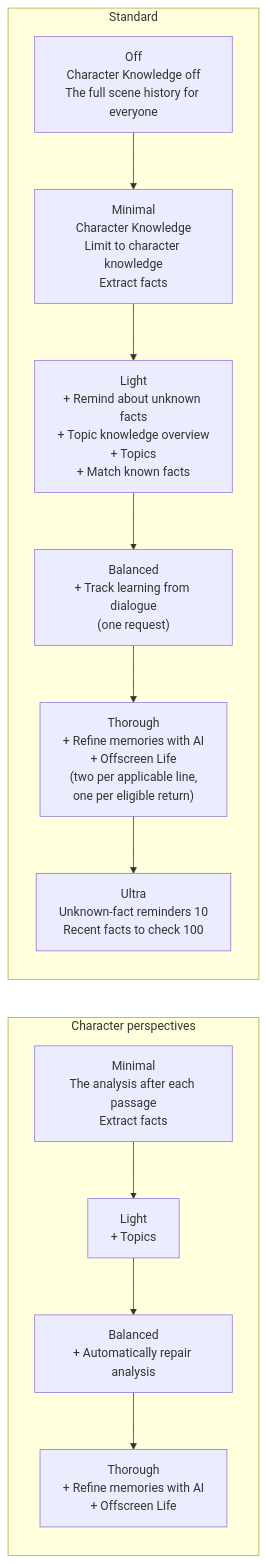
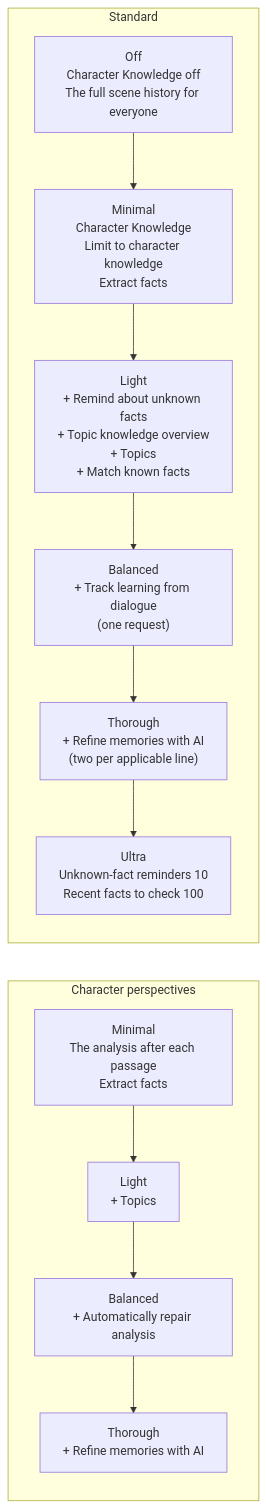
One commit to vegu-ai/talemate changed the fifth of 6 diagrams in docs/user-guide/world-editor/knowledge-how-it-works.md. Above: the diagram before and after it, drawn with Mermaid. The commit also changed other lines of this file and 61 other files, not shown here.

First line of the commit message:
Remove Offscreen Life and clarify character absence context (#694)

````diff
--- a/docs/user-guide/world-editor/knowledge-how-it-works.md
+++ b/docs/user-guide/world-editor/knowledge-how-it-works.md
@@ -222,17 +202,17 @@
 ```mermaid
 flowchart LR
     subgraph "Character perspectives"
         direction TB
         P1["Minimal<br/>The analysis after each passage<br/>Extract facts"] --> P2["Light<br/>+ Topics"]
         P2 --> P3["Balanced<br/>+ Automatically repair analysis"]
-        P3 --> P4["Thorough<br/>+ Refine memories with AI<br/>+ Offscreen Life"]
+        P3 --> P4["Thorough<br/>+ Refine memories with AI"]
     end
     subgraph Standard
         direction TB
         S0["Off<br/>Character Knowledge off<br/>The full scene history for everyone"] --> S1["Minimal<br/>Character Knowledge<br/>Limit to character knowledge<br/>Extract facts"]
         S1 --> S2["Light<br/>+ Remind about unknown facts<br/>+ Topic knowledge overview<br/>+ Topics<br/>+ Match known facts"]
         S2 --> S3["Balanced<br/>+ Track learning from dialogue<br/>(one request)"]
-        S3 --> S4["Thorough<br/>+ Refine memories with AI<br/>+ Offscreen Life<br/>(two per applicable line,<br/>one per eligible return)"]
+        S3 --> S4["Thorough<br/>+ Refine memories with AI<br/>(two per applicable line)"]
         S4 --> S5["Ultra<br/>Unknown-fact reminders 10<br/>Recent facts to check 100"]
     end
 ```
````
